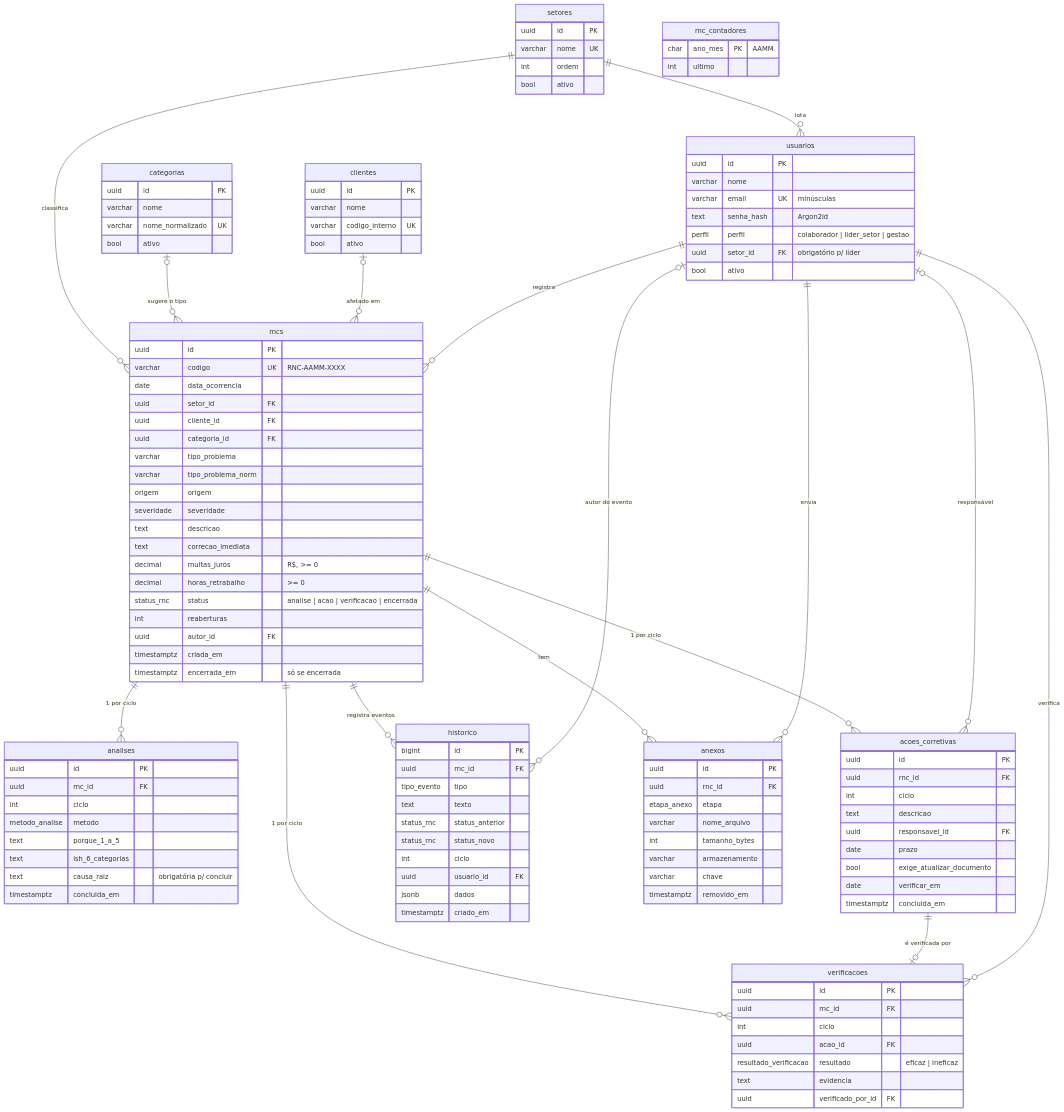
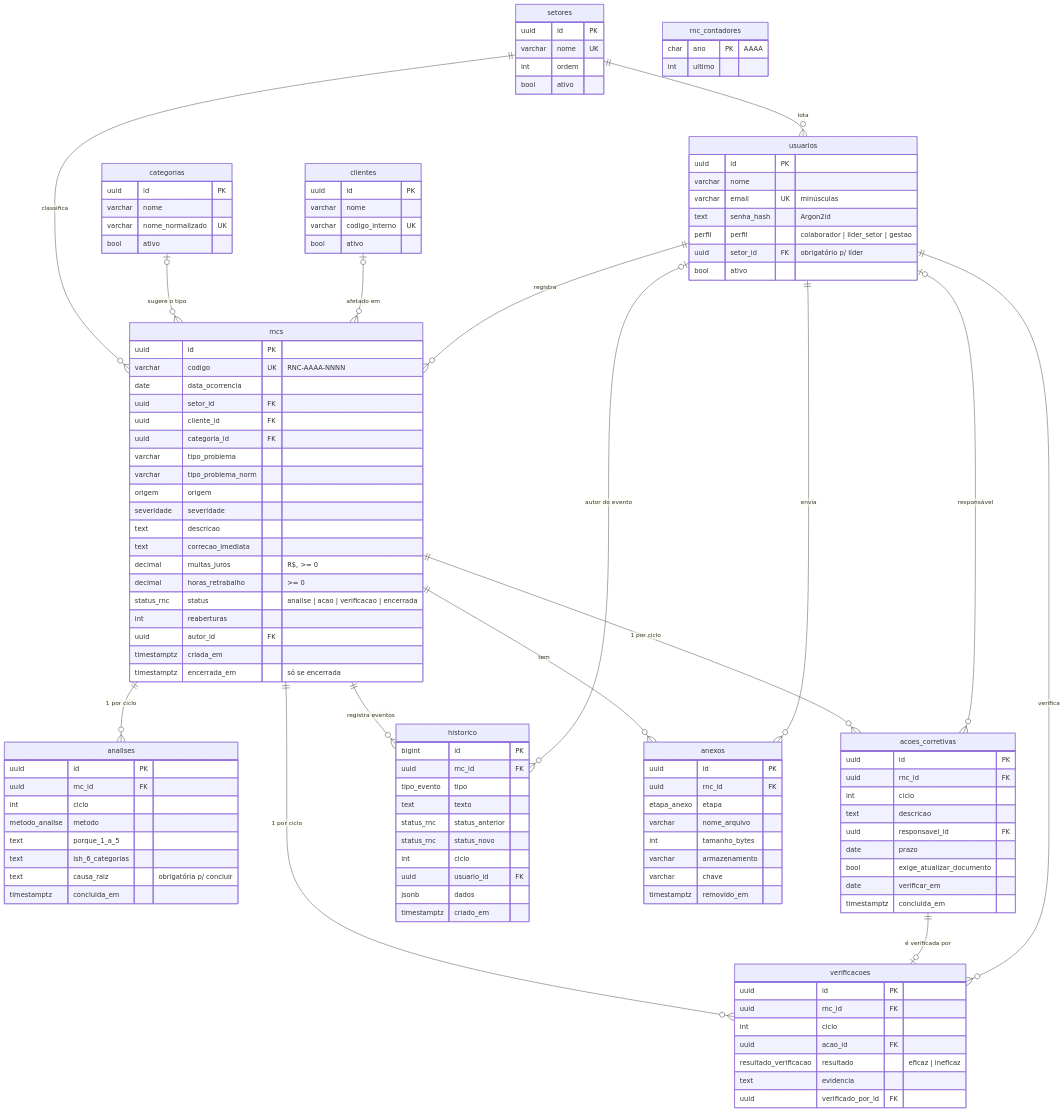
One commit to RaphaelReczcki/rnc-conflex changed the diagram in docs/modelo-de-dados.md. Above: the diagram before and after it, drawn with Mermaid. The commit also changed other lines of this file and 41 other files, not shown here.

```diff
--- a/docs/modelo-de-dados.md
+++ b/docs/modelo-de-dados.md
@@ -51,7 +51,7 @@
     }
     rncs {
         uuid id PK
-        varchar codigo UK "RNC-AAMM-XXXX"
+        varchar codigo UK "RNC-AAAA-NNNN"
         date data_ocorrencia
         uuid setor_id FK
         uuid cliente_id FK
@@ -71,7 +71,7 @@
         timestamptz encerrada_em "só se encerrada"
     }
     rnc_contadores {
-        char ano_mes PK "AAMM"
+        char ano PK "AAAA"
         int ultimo
     }
     analises {
```
